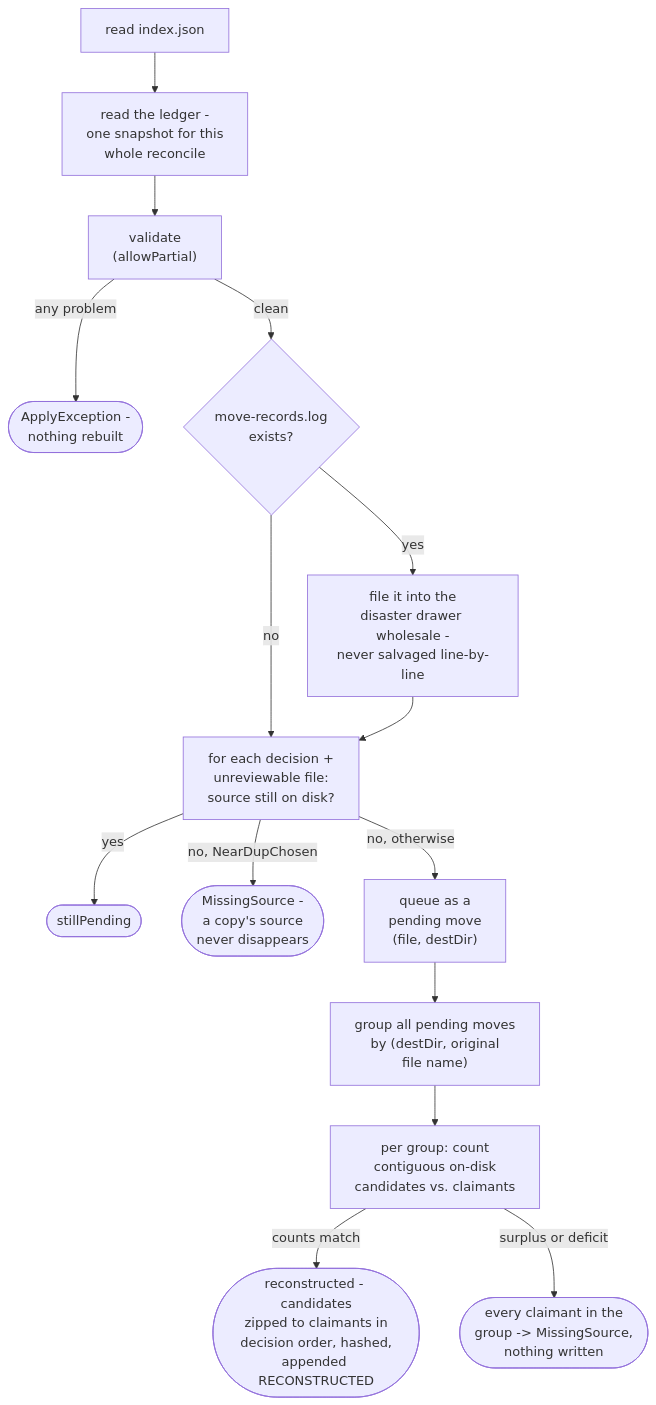
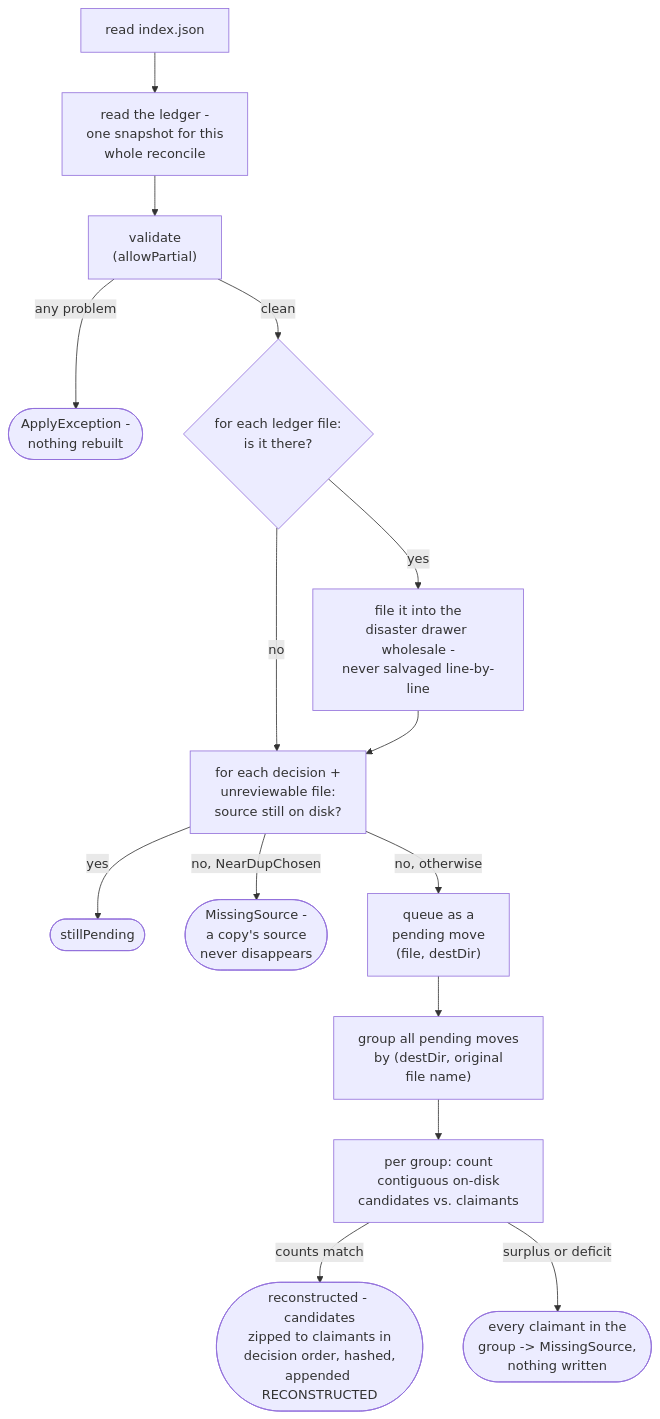
The diagram in app/docs/design/application/service/reconcile-engine.md (AdrianNachev91/sluice), drawn with Mermaid before and after one commit. The commit also changed other lines of this file and 14 other files, not shown here.

````diff
--- a/app/docs/design/application/service/reconcile-engine.md
+++ b/app/docs/design/application/service/reconcile-engine.md
@@ -9,17 +9,17 @@
 ```mermaid
 flowchart TD
     A["read index.json"] --> A2["read the ledger -<br/>one snapshot for this<br/>whole reconcile"]
     A2 --> A3["validate<br/>(allowPartial)"]
     A3 -- any problem --> Z(["ApplyException -<br/>nothing rebuilt"])
-    A3 -- clean --> B{"move-records.log<br/>exists?"}
+    A3 -- clean --> B{"for each ledger file:<br/>is it there?"}
     B -- yes --> C["file it into the<br/>disaster drawer wholesale -<br/>never salvaged line-by-line"]
     B -- no --> D
     C --> D["for each decision +<br/>unreviewable file:<br/>source still on disk?"]
     D -- yes --> E(["stillPending"])
     D -- no, NearDupChosen --> F(["MissingSource -<br/>a copy's source<br/>never disappears"])
     D -- no, otherwise --> G["queue as a<br/>pending move<br/>(file, destDir)"]
     G --> H["group all pending moves<br/>by (destDir, original<br/>file name)"]
     H --> I["per group: count<br/>contiguous on-disk<br/>candidates vs. claimants"]
     I -- counts match --> J(["reconstructed - candidates<br/>zipped to claimants in<br/>decision order, hashed,<br/>appended RECONSTRUCTED"])
     I -- surplus or deficit --> K(["every claimant in the<br/>group -> MissingSource,<br/>nothing written"])
 ```
````
